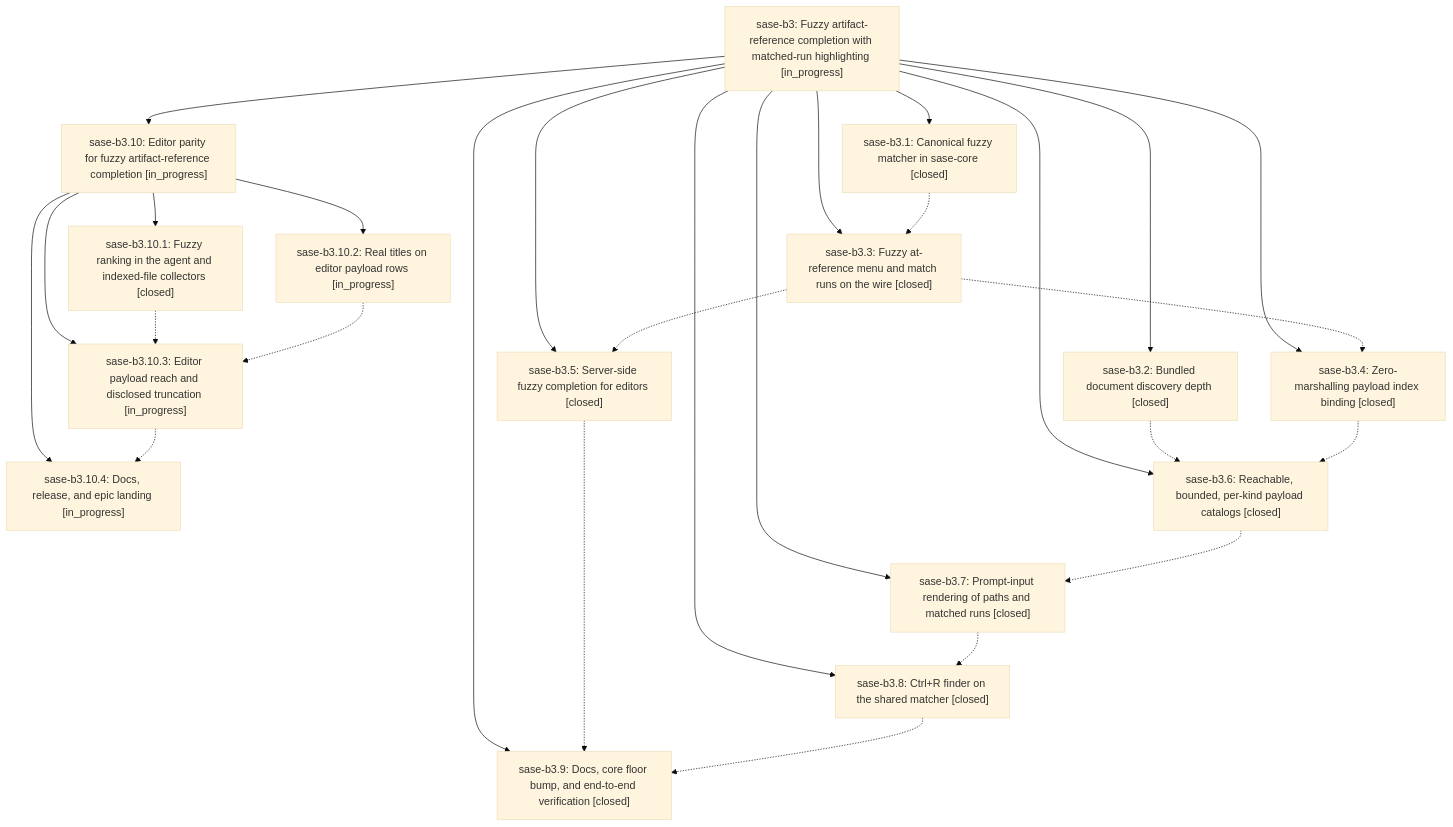
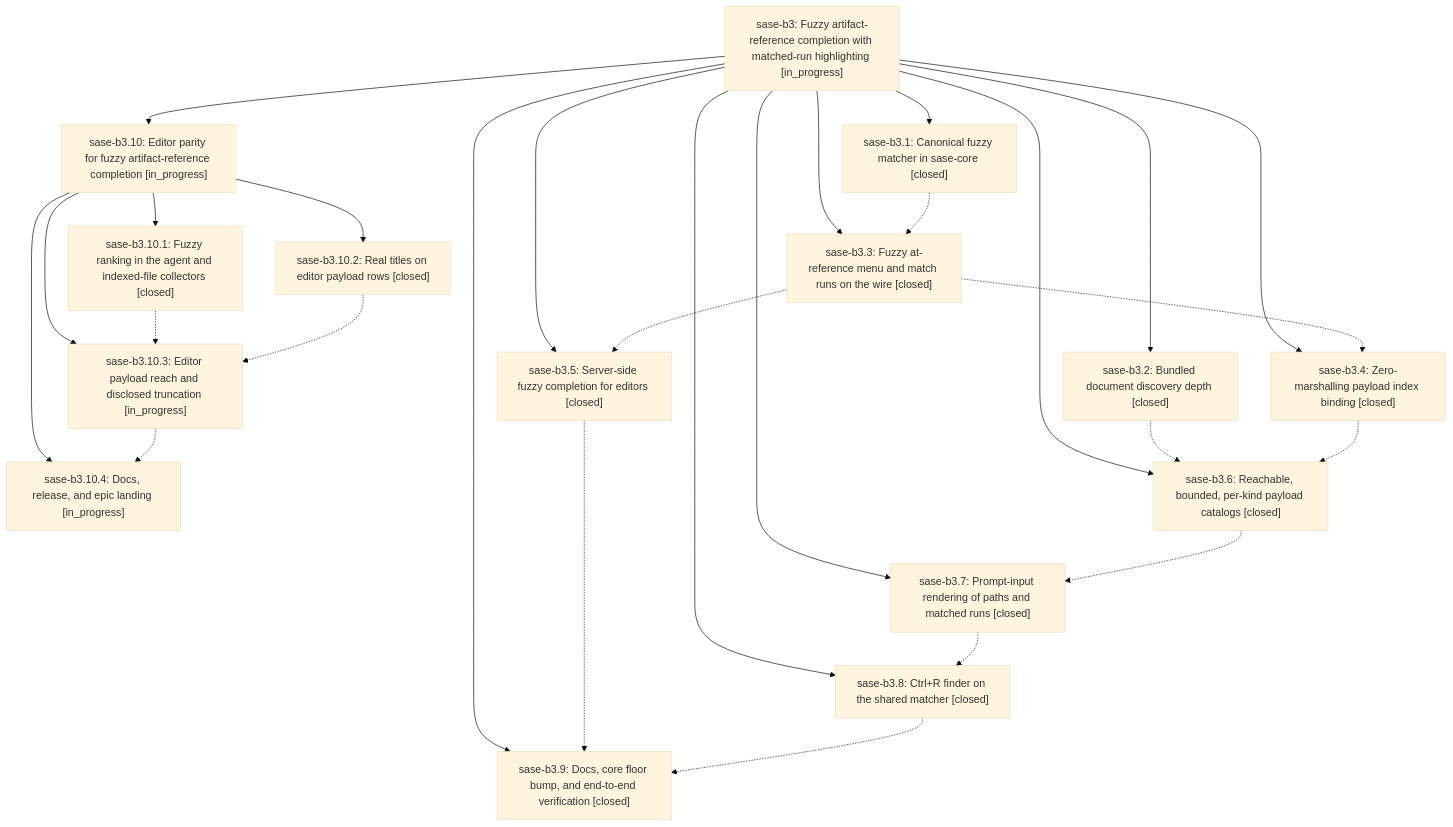
One commit to sase-org/sase--beads changed the diagram in pages/sase-b3/README.md. Above: the diagram before and after it, drawn with Mermaid (base theme). The commit also changed other lines of this file and 2 other files, not shown here.

Commit message:
chore(beads): sync bead state and pages for sase-b3
SASE_TYPE=beads
SASE_AGENT=bbugyi200.athena.sase-b3.10.2

````diff
--- a/pages/sase-b3/README.md
+++ b/pages/sase-b3/README.md
@@ -30,44 +30,44 @@
 ```mermaid
 flowchart TD
     n0["sase-b3: Fuzzy artifact-reference completion with matched-run highlighting [in_progress]"]
     n1["sase-b3.1: Canonical fuzzy matcher in sase-core [closed]"]
     n2["sase-b3.10: Editor parity for fuzzy artifact-reference completion [in_progress]"]
     n3["sase-b3.10.1: Fuzzy ranking in the agent and indexed-file collectors [closed]"]
-    n4["sase-b3.10.2: Real titles on editor payload rows [in_progress]"]
+    n4["sase-b3.10.2: Real titles on editor payload rows [closed]"]
     n5["sase-b3.10.3: Editor payload reach and disclosed truncation [in_progress]"]
     n6["sase-b3.10.4: Docs, release, and epic landing [in_progress]"]
     n7["sase-b3.2: Bundled document discovery depth [closed]"]
     n8["sase-b3.3: Fuzzy at-reference menu and match runs on the wire [closed]"]
     n9["sase-b3.4: Zero-marshalling payload index binding [closed]"]
     n10["sase-b3.5: Server-side fuzzy completion for editors [closed]"]
     n11["sase-b3.6: Reachable, bounded, per-kind payload catalogs [closed]"]
     n12["sase-b3.7: Prompt-input rendering of paths and matched runs [closed]"]
     n13["sase-b3.8: Ctrl+R finder on the shared matcher [closed]"]
     n14["sase-b3.9: Docs, core floor bump, and end-to-end verification [closed]"]
     n0 --> n1
     n0 --> n2
     n2 --> n3
     n2 --> n4
     n2 --> n5
     n2 --> n6
     n0 --> n7
     n0 --> n8
     n0 --> n9
     n0 --> n10
     n0 --> n11
     n0 --> n12
     n0 --> n13
     n0 --> n14
     n1 -.-> n8
     n3 -.-> n5
     n4 -.-> n5
     n5 -.-> n6
     n7 -.-> n11
     n8 -.-> n9
     n8 -.-> n10
     n9 -.-> n11
     n10 -.-> n14
     n11 -.-> n12
     n12 -.-> n13
     n13 -.-> n14
 ```
````
